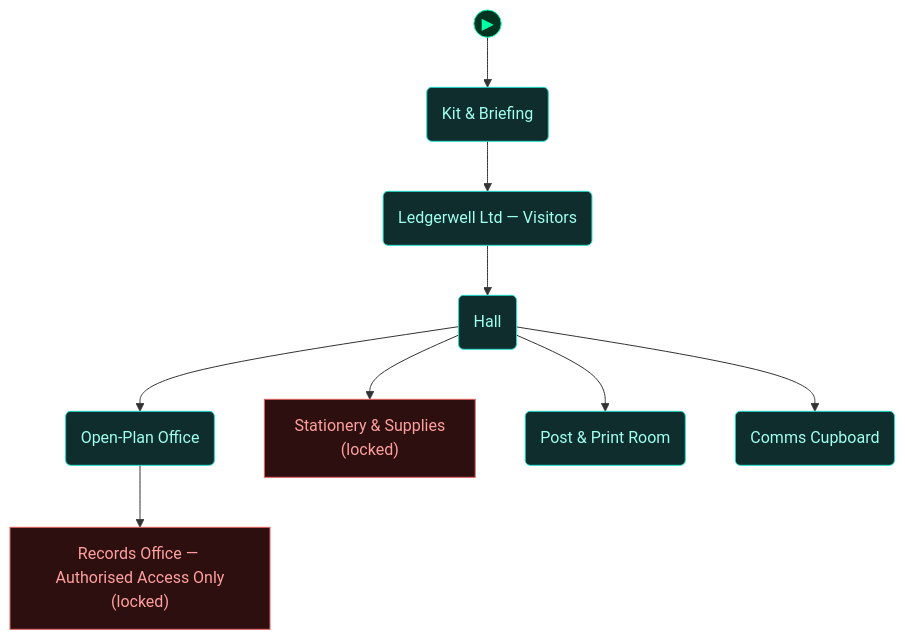
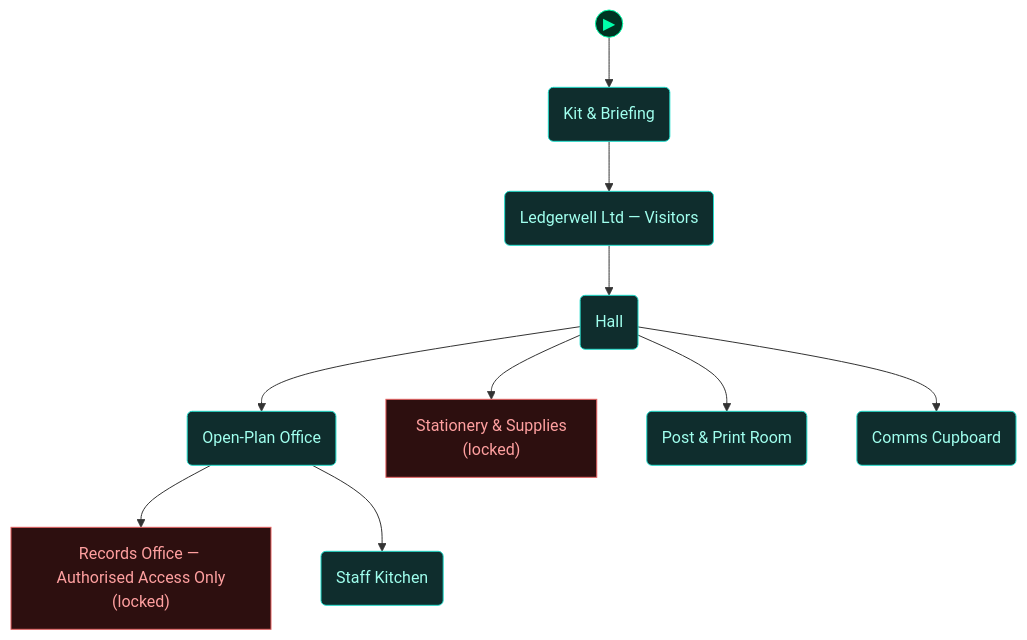
One commit to cliffe/BreakEscape changed the fourth of 5 diagrams in scenarios/lab_physical_pentest/dungeon_graph.md. Above: the diagram before and after it, drawn with Mermaid. The commit also changed other lines of this file and 6 other files, not shown here.

First line of the commit message:
lab_physical_pentest expansion step 6: P2 staff kitchen (NE north door of the 20x10 open plan) + fire-door/recon readables

````diff
--- a/scenarios/lab_physical_pentest/dungeon_graph.md
+++ b/scenarios/lab_physical_pentest/dungeon_graph.md
@@ -230,42 +234,44 @@
 ```mermaid
 flowchart TD
 
   classDef room      fill:#0f2d2d,stroke:#22ddcc,color:#a0ffee
   classDef lock      fill:#2d0f0f,stroke:#e66060,color:#ffa0a0
   classDef key       fill:#2d0812,stroke:#e66060,color:#ffa0a0
   classDef item      fill:#2d1200,stroke:#e89030,color:#ffcc80
   classDef gate      fill:#111,stroke:#666,color:#eee
   classDef vm        fill:#0c1f40,stroke:#4a90d9,color:#a0c8ff
   classDef flag      fill:#1a0c2d,stroke:#9060d0,color:#cc99ff
   classDef action    fill:#1a1200,stroke:#cc9922,color:#ffee88
   classDef aim       fill:#0d2a0d,stroke:#44cc44,color:#88ff88
   classDef aim_gate  fill:#111111,stroke:#44cc44,color:#44cc44
   classDef container fill:#1a2d1a,stroke:#60b060,color:#a0e0a0
   classDef npc       fill:#2d1f0d,stroke:#d0a050,color:#ffe0a0
   classDef critical  fill:#2a1500,stroke:#ffaa00,color:#ffdd88
   classDef start     fill:#003322,stroke:#00ffaa,color:#00ffaa
 
   node_start(("▶"))
   node_start --> briefing_room
 
   briefing_room("Kit & Briefing")
   reception("Ledgerwell Ltd — Visitors")
   hall("Hall")
   open_plan("Open-Plan Office")
   secure_area["Records Office — Authorised Access Only<br/>(locked)"]
   store_room["Stationery & Supplies<br/>(locked)"]
   P1("Post & Print Room")
   P3("Comms Cupboard")
+  P2("Staff Kitchen")
 
   briefing_room --> reception
   reception --> hall
   hall --> open_plan
   hall --> store_room
   hall --> P3
   hall --> P1
   open_plan --> secure_area
+  open_plan --> P2
 
-  class briefing_room,reception,hall,open_plan,P1,P3 room
+  class briefing_room,reception,hall,open_plan,P1,P3,P2 room
   class secure_area,store_room lock
   class node_start start
 ```
````
